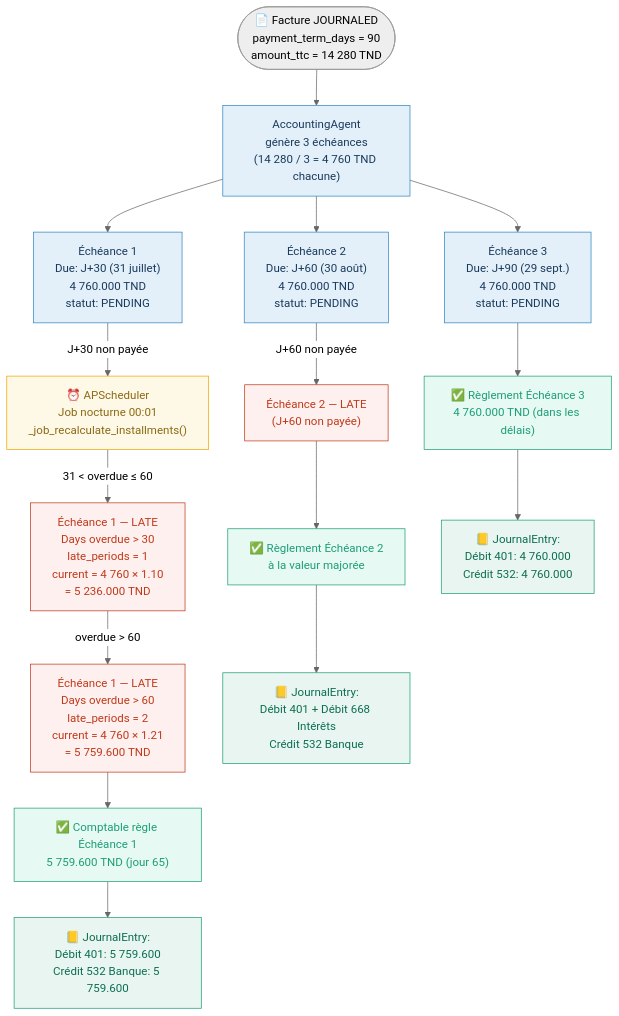
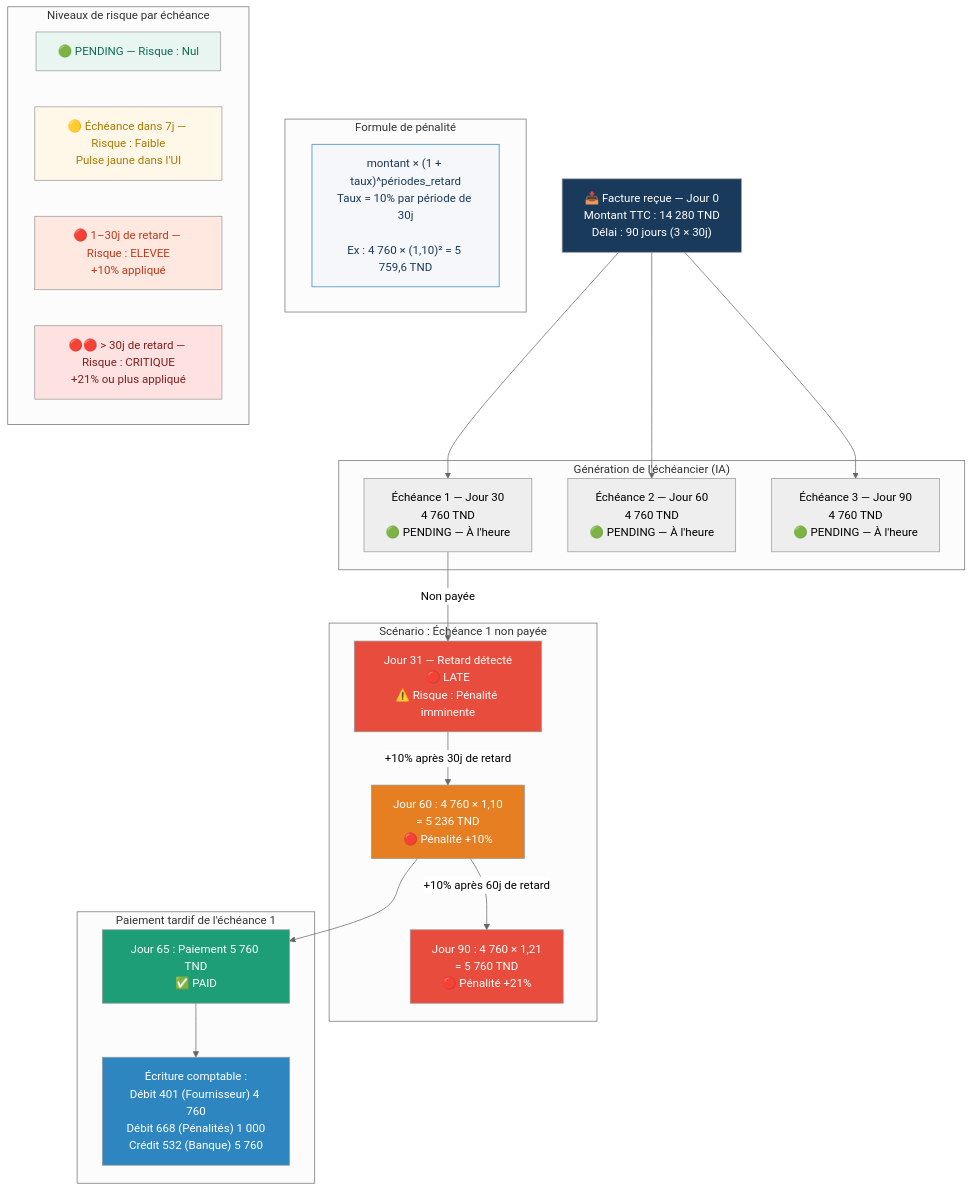
Before and after one commit to bayaCh05/biat-billing-agent: the diagram in docs/diagrams/15_workflow_echeancier_penalites.md, drawn with Mermaid (neutral theme). The commit also changed other lines of this file and 11 other files, not shown here.

First line of the commit message:
feat: roadmap enriched with risk indicators + per-item AI risk creation

````diff
--- a/docs/diagrams/15_workflow_echeancier_penalites.md
+++ b/docs/diagrams/15_workflow_echeancier_penalites.md
@@ -4,44 +4,53 @@
 ```mermaid
 flowchart TB
-  classDef pending fill:#E3F0F9,stroke:#2E86C1,color:#1A3A5C
-  classDef late fill:#FEF0EE,stroke:#C0391B,color:#C0391B
-  classDef paid fill:#E6F9F3,stroke:#1D9E76,color:#1D9E76
-  classDef journal fill:#E8F5F0,stroke:#1D9E76,color:#0D6E52
-  classDef scheduler fill:#FEF9E7,stroke:#F0A500,color:#8B6914
 
-  START(["📄 Facture JOURNALED\npayment_term_days = 90\namount_ttc = 14 280 TND"])
+  INV["📥 Facture reçue — Jour 0\nMontant TTC : 14 280 TND\nDélai : 90 jours (3 × 30j)"]
 
-  GEN["AccountingAgent\ngénère 3 échéances\n(14 280 / 3 = 4 760 TND chacune)"]:::pending
+  subgraph GEN["Génération de l'échéancier (IA)"]
+    E1["Échéance 1 — Jour 30\n4 760 TND\n🟢 PENDING — À l'heure"]
+    E2["Échéance 2 — Jour 60\n4 760 TND\n🟢 PENDING — À l'heure"]
+    E3["Échéance 3 — Jour 90\n4 760 TND\n🟢 PENDING — À l'heure"]
+  end
 
-  I1["Échéance 1\nDue: J+30 (31 juillet)\n4 760.000 TND\nstatut: PENDING"]:::pending
-  I2["Échéance 2\nDue: J+60 (30 août)\n4 760.000 TND\nstatut: PENDING"]:::pending
-  I3["Échéance 3\nDue: J+90 (29 sept.)\n4 760.000 TND\nstatut: PENDING"]:::pending
+  INV --> E1
+  INV --> E2
+  INV --> E3
 
-  CRON["⏰ APScheduler\nJob nocturne 00:01\n_job_recalculate_installments()"]:::scheduler
+  subgraph LATE1["Scénario : Échéance 1 non payée"]
+    D31["Jour 31 — Retard détecté\n🔴 LATE\n⚠️ Risque : Pénalité imminente"]
+    D31 -->|"+10% après 30j de retard"| P1["Jour 60 : 4 760 × 1,10\n= 5 236 TND\n🔴 Pénalité +10%"]
+    P1 -->|"+10% après 60j de retard"| P2["Jour 90 : 4 760 × 1,21\n= 5 760 TND\n🔴 Pénalité +21%"]
+  end
 
-  LATE1["Échéance 1 — LATE\nDays overdue > 30\nlate_periods = 1\ncurrent = 4 760 × 1.10\n= 5 236.000 TND"]:::late
-  LATE2["Échéance 1 — LATE\nDays overdue > 60\nlate_periods = 2\ncurrent = 4 760 × 1.21\n= 5 759.600 TND"]:::late
+  subgraph PAID1["Paiement tardif de l'échéance 1"]
+    PAY["Jour 65 : Paiement 5 760 TND\n✅ PAID"]
+    JE["Écriture comptable :\nDébit 401 (Fournisseur) 4 760\nDébit 668 (Pénalités) 1 000\nCrédit 532 (Banque) 5 760"]
+  end
 
-  PAY1["✅ Comptable règle Échéance 1\n5 759.600 TND (jour 65)"]:::paid
-  J1["📒 JournalEntry:\nDébit 401: 5 759.600\nCrédit 532 Banque: 5 759.600"]:::journal
+  E1 -->|"Non payée"| D31
+  P1 --> PAY
+  PAY --> JE
 
-  LATE_I2["Échéance 2 — LATE\n(J+60 non payée)"]:::late
-  PAY2["✅ Règlement Échéance 2\nà la valeur majorée"]:::paid
-  J2["📒 JournalEntry:\nDébit 401 + Débit 668 Intérêts\nCrédit 532 Banque"]:::journal
+  subgraph FORMULA["Formule de pénalité"]
+    F["montant × (1 + taux)^périodes_retard\nTaux = 10% par période de 30j\n\nEx : 4 760 × (1,10)² = 5 759,6 TND"]
+  end
 
-  PAY3["✅ Règlement Échéance 3\n4 760.000 TND (dans les délais)"]:::paid
-  J3["📒 JournalEntry:\nDébit 401: 4 760.000\nCrédit 532: 4 760.000"]:::journal
+  subgraph RISK_COL["Niveaux de risque par échéance"]
+    R1["🟢 PENDING — Risque : Nul"]
+    R2["🟡 Échéance dans 7j — Risque : Faible\nPulse jaune dans l'UI"]
+    R3["🔴 1–30j de retard — Risque : ELEVEE\n+10% appliqué"]
+    R4["🔴🔴 > 30j de retard — Risque : CRITIQUE\n+21% ou plus appliqué"]
+  end
 
-  START --> GEN
-  GEN --> I1 & I2 & I3
-
-  I1 -->|"J+30 non payée"| CRON
-  CRON -->|"31 < overdue ≤ 60"| LATE1
-  LATE1 -->|"overdue > 60"| LATE2
-  LATE2 --> PAY1 --> J1
-
-  I2 -->|"J+60 non payée"| LATE_I2
-  LATE_I2 --> PAY2 --> J2
-
-  I3 --> PAY3 --> J3
+  style INV fill:#1A3A5C,color:#FFFFFF
+  style D31 fill:#E74C3C,color:#FFFFFF
+  style P1 fill:#E67E22,color:#FFFFFF
+  style P2 fill:#E74C3C,color:#FFFFFF
+  style PAY fill:#1D9E76,color:#FFFFFF
+  style JE fill:#2E86C1,color:#FFFFFF
+  style F fill:#F5F7FA,color:#1A3A5C,stroke:#2E86C1
+  style R1 fill:#E8F5F0,color:#0D6E52
+  style R2 fill:#FFF8E8,color:#B07800
+  style R3 fill:#FEE8E0,color:#C0391B
+  style R4 fill:#FEE2E2,color:#7F1D1D
 ```
````
